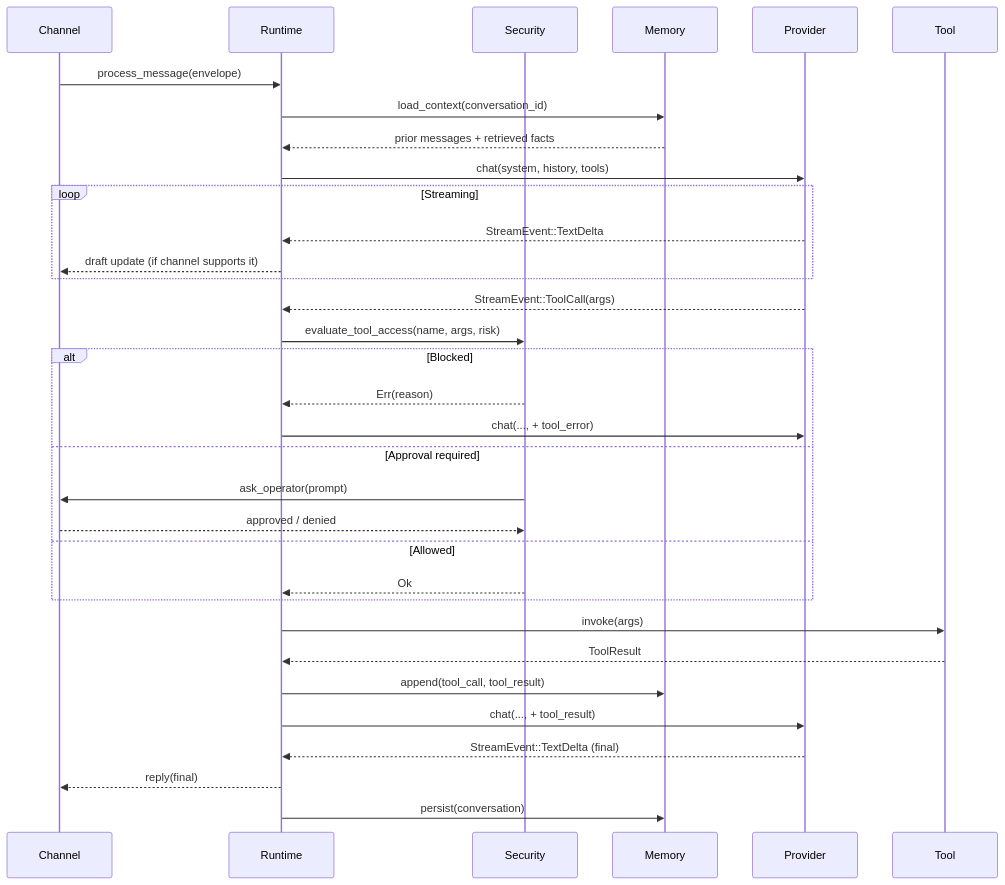
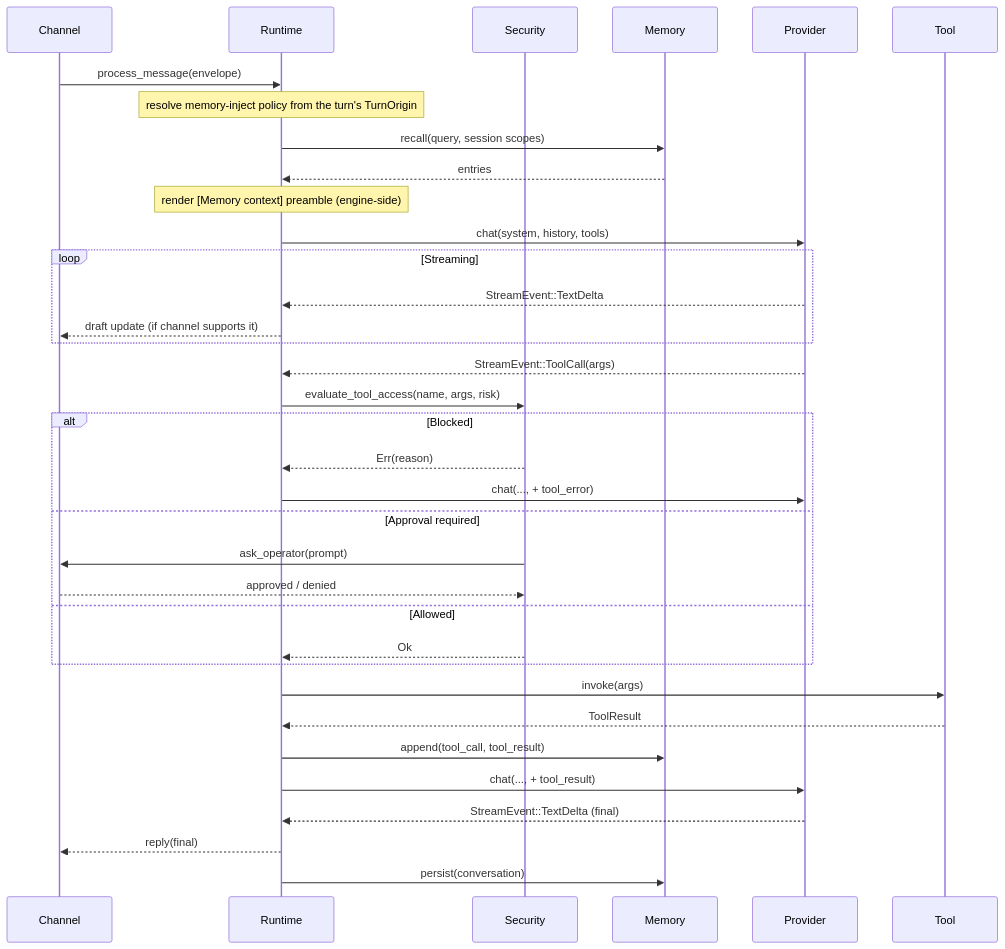
The second of 2 diagrams in docs/book/src/architecture/request-lifecycle.md (NNet-Dev/zeroclaw), drawn with Mermaid before and after one commit. The commit also changed other lines of this file and 7 other files, not shown here.

First line of the commit message:
docs(runtime): retire load_context-era docs for engine-owned memory injection

````diff
--- a/docs/book/src/architecture/request-lifecycle.md
+++ b/docs/book/src/architecture/request-lifecycle.md
@@ -24,36 +24,38 @@
 ```mermaid
 sequenceDiagram
     participant CH as Channel
     participant RT as Runtime
     participant SEC as Security
     participant MEM as Memory
     participant PR as Provider
     participant TL as Tool
 
     CH->>RT: process_message(envelope)
-    RT->>MEM: load_context(conversation_id)
-    MEM-->>RT: prior messages + retrieved facts
+    Note over RT: resolve memory-inject policy from the turn's TurnOrigin
+    RT->>MEM: recall(query, session scopes)
+    MEM-->>RT: entries
+    Note over RT: render [Memory context] preamble (engine-side)
     RT->>PR: chat(system, history, tools)
     loop Streaming
         PR-->>RT: StreamEvent::TextDelta
         RT-->>CH: draft update (if channel supports it)
     end
     PR-->>RT: StreamEvent::ToolCall(args)
     RT->>SEC: evaluate_tool_access(name, args, risk)
     alt Blocked
         SEC-->>RT: Err(reason)
         RT->>PR: chat(..., + tool_error)
     else Approval required
         SEC->>CH: ask_operator(prompt)
         CH-->>SEC: approved / denied
     else Allowed
         SEC-->>RT: Ok
     end
     RT->>TL: invoke(args)
     TL-->>RT: ToolResult
     RT->>MEM: append(tool_call, tool_result)
     RT->>PR: chat(..., + tool_result)
     PR-->>RT: StreamEvent::TextDelta (final)
     RT-->>CH: reply(final)
     RT->>MEM: persist(conversation)
 ```
````
